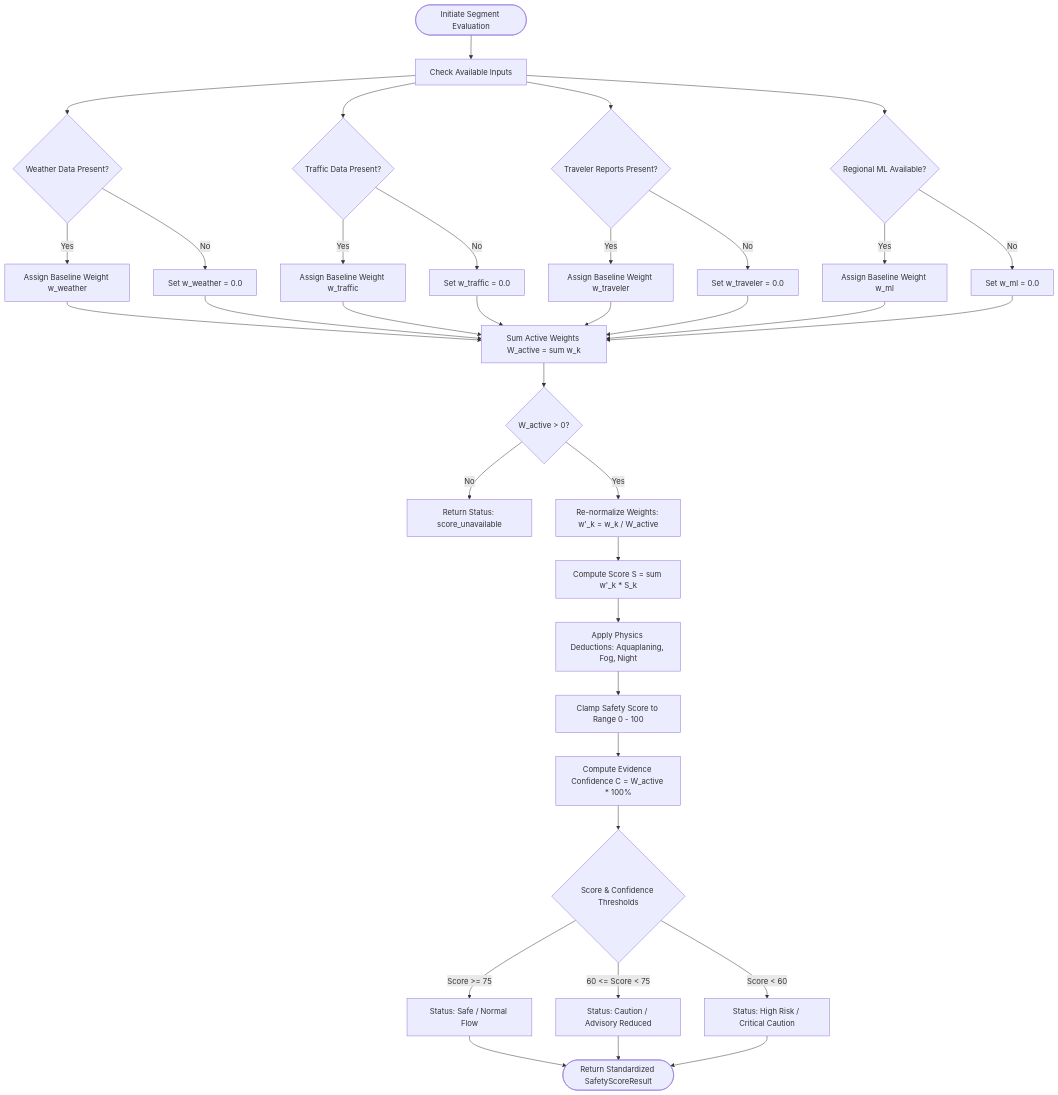
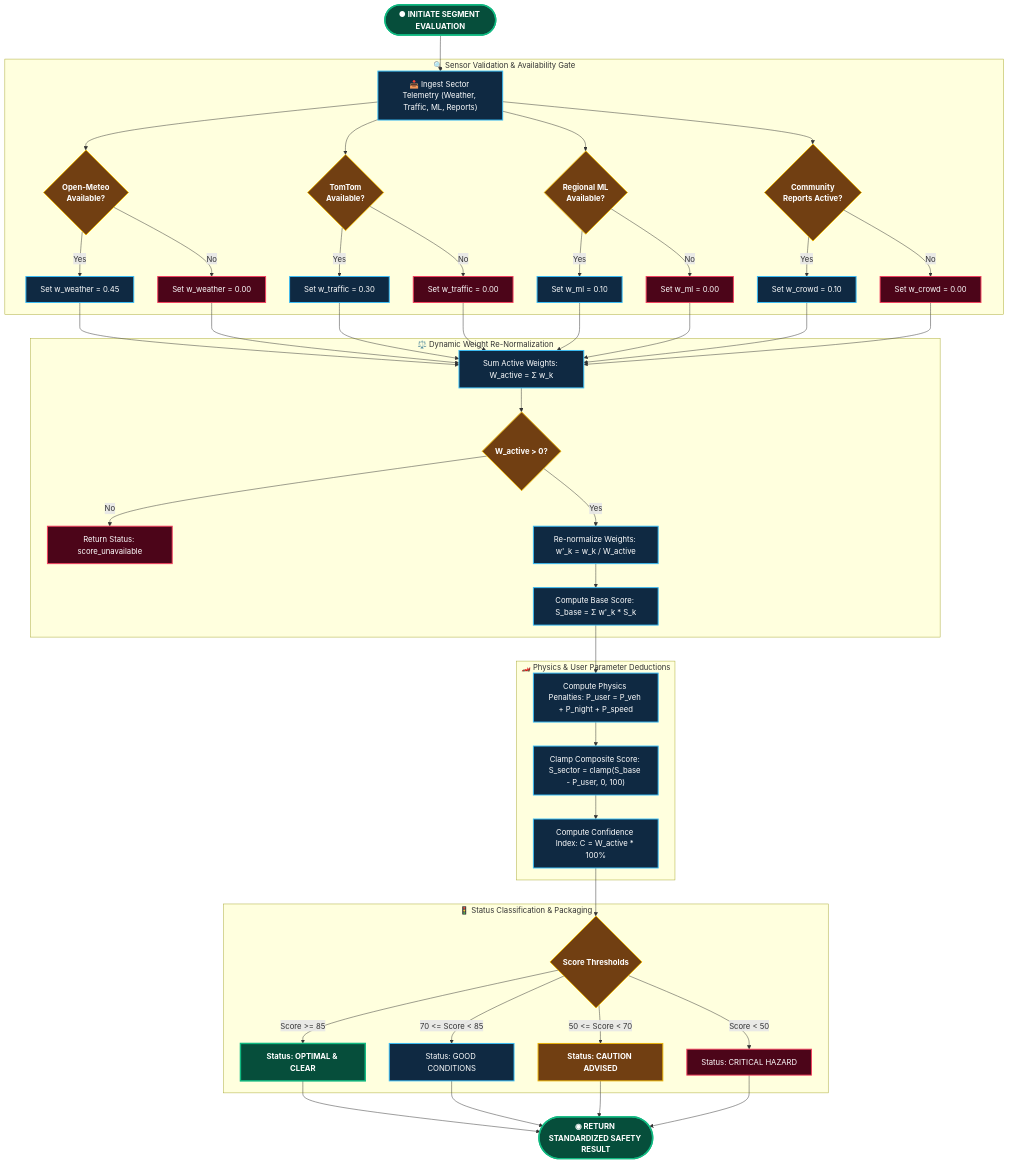
One commit to daredevil2304/traveladvisory changed diagram 12 of 17 in MUMBAI_PUNE_TRAVEL_INTELLIGENCE_MASTER_REPORT.md. Above: the diagram before and after it, drawn with Mermaid. The commit also changed other lines of this file and 3 other files, not shown here.

Commit message:
feat(report-portal): interactive tabbed master report portal with dynamic UML blueprints, physics lab, viva hub & colorful diagrams

````diff
--- a/MUMBAI_PUNE_TRAVEL_INTELLIGENCE_MASTER_REPORT.md
+++ b/MUMBAI_PUNE_TRAVEL_INTELLIGENCE_MASTER_REPORT.md
@@ -640,34 +652,50 @@
 ```mermaid
 flowchart TD
-    Start([Initiate Segment Evaluation]) --> CheckInputs[Check Available Inputs]
-    CheckInputs --> CheckWeather{Weather Data Present?}
-    CheckInputs --> CheckTraffic{Traffic Data Present?}
-    CheckInputs --> CheckTraveler{Traveler Reports Present?}
-    CheckInputs --> CheckML{Regional ML Available?}
+    classDef terminal fill:#064E3B,stroke:#10B981,stroke-width:3px,color:#FFFFFF,font-weight:bold
+    classDef action fill:#0F2942,stroke:#38BDF8,stroke-width:2px,color:#FFFFFF
+    classDef decision fill:#713F12,stroke:#EAB308,stroke-width:2px,color:#FFFFFF,font-weight:bold
+    classDef hazard fill:#4C0519,stroke:#F43F5E,stroke-width:2px,color:#FFFFFF
 
-    CheckWeather -- Yes --> W1[Assign Baseline Weight w_weather]
-    CheckWeather -- No --> W0[Set w_weather = 0.0]
-    CheckTraffic -- Yes --> T1[Assign Baseline Weight w_traffic]
-    CheckTraffic -- No --> T0[Set w_traffic = 0.0]
-    CheckTraveler -- Yes --> TR1[Assign Baseline Weight w_traveler]
-    CheckTraveler -- No --> TR0[Set w_traveler = 0.0]
-    CheckML -- Yes --> M1[Assign Baseline Weight w_ml]
-    CheckML -- No --> M0[Set w_ml = 0.0]
+    Start(["● INITIATE SEGMENT EVALUATION"]):::terminal --> Ingest["📥 Ingest Sector Telemetry (Weather, Traffic, ML, Reports)"]:::action
 
-    W1 & W0 & T1 & T0 & TR1 & TR0 & M1 & M0 --> SumWeights[Sum Active Weights W_active = sum w_k]
-    SumWeights --> CheckSum{W_active > 0?}
-    CheckSum -- No --> ScoreUnavailable[Return Status: score_unavailable]
-    CheckSum -- Yes --> Normalize[Re-normalize Weights: w'_k = w_k / W_active]
+    subgraph SensorChecks["🔍 Sensor Validation & Availability Gate"]
+        Ingest --> C1{"Open-Meteo<br/>Available?"}:::decision
+        Ingest --> C2{"TomTom<br/>Available?"}:::decision
+        Ingest --> C3{"Regional ML<br/>Available?"}:::decision
+        Ingest --> C4{"Community<br/>Reports Active?"}:::decision
 
-    Normalize --> ComputeWeightedSum[Compute Score S = sum w'_k * S_k]
-    ComputeWeightedSum --> DeductHazards[Apply Physics Deductions: Aquaplaning, Fog, Night]
-    DeductHazards --> ClampScore[Clamp Safety Score to Range 0 - 100]
-    ClampScore --> ComputeConfidence[Compute Evidence Confidence C = W_active * 100%]
-    ComputeConfidence --> ClassifyStatus{Score & Confidence Thresholds}
+        C1 -- Yes --> W1["Set w_weather = 0.45"]:::action
+        C1 -- No --> W0["Set w_weather = 0.00"]:::hazard
+        C2 -- Yes --> T1["Set w_traffic = 0.30"]:::action
+        C2 -- No --> T0["Set w_traffic = 0.00"]:::hazard
+        C3 -- Yes --> M1["Set w_ml = 0.10"]:::action
+        C3 -- No --> M0["Set w_ml = 0.00"]:::hazard
+        C4 -- Yes --> TR1["Set w_crowd = 0.10"]:::action
+        C4 -- No --> TR0["Set w_crowd = 0.00"]:::hazard
+    end
 
-    ClassifyStatus -- "Score >= 75" --> Safe[Status: Safe / Normal Flow]
-    ClassifyStatus -- "60 <= Score < 75" --> Caution[Status: Caution / Advisory Reduced]
-    ClassifyStatus -- "Score < 60" --> HighRisk[Status: High Risk / Critical Caution]
+    W1 & W0 & T1 & T0 & M1 & M0 & TR1 & TR0 --> SumW["Sum Active Weights: W_active = Σ w_k"]:::action
 
-    Safe & Caution & HighRisk --> End([Return Standardized SafetyScoreResult])
+    subgraph NormalizationEngine["⚖️ Dynamic Weight Re-Normalization"]
+        SumW --> ZeroCheck{"W_active > 0?"}:::decision
+        ZeroCheck -- No --> Fail["Return Status: score_unavailable"]:::hazard
+        ZeroCheck -- Yes --> Renorm["Re-normalize Weights: w'_k = w_k / W_active"]:::action
+        Renorm --> WeightedSum["Compute Base Score: S_base = Σ w'_k * S_k"]:::action
+    end
+
+    subgraph PhysicsRiskEngine["🏎️ Physics & User Parameter Deductions"]
+        WeightedSum --> PhysDeduct["Compute Physics Penalties: P_user = P_veh + P_night + P_speed"]:::action
+        PhysDeduct --> ClampScore["Clamp Composite Score: S_sector = clamp(S_base - P_user, 0, 100)"]:::action
+        ClampScore --> CalcConf["Compute Confidence Index: C = W_active * 100%"]:::action
+    end
+
+    subgraph StatusClassification["🚦 Status Classification & Packaging"]
+        CalcConf --> ScoreGate{"Score Thresholds"}:::decision
+        ScoreGate -- "Score >= 85" --> StatusGreen["Status: OPTIMAL & CLEAR"]:::terminal
+        ScoreGate -- "70 <= Score < 85" --> StatusBlue["Status: GOOD CONDITIONS"]:::action
+        ScoreGate -- "50 <= Score < 70" --> StatusAmber["Status: CAUTION ADVISED"]:::decision
+        ScoreGate -- "Score < 50" --> StatusRed["Status: CRITICAL HAZARD"]:::hazard
+    end
+
+    StatusGreen & StatusBlue & StatusAmber & StatusRed --> EndNode(["◉ RETURN STANDARDIZED SAFETY RESULT"]):::terminal
 ```
````
